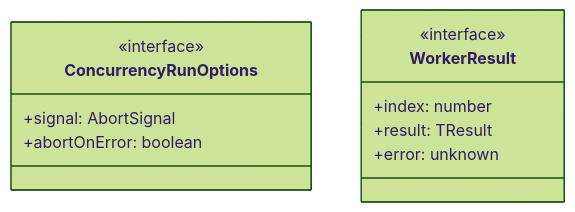
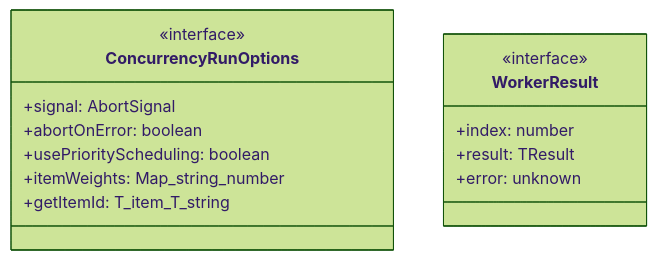
One commit to Mekann2904/mekann changed the first of 4 diagrams in ABDD/.pi/lib/concurrency.md. Above: the diagram before and after it, drawn with Mermaid (forest theme). The commit also changed other lines of this file and 257 other files, not shown here.

````diff
--- a/ABDD/.pi/lib/concurrency.md
+++ b/ABDD/.pi/lib/concurrency.md
@@ -33,14 +33,17 @@
 ```mermaid
 classDiagram
   class ConcurrencyRunOptions {
     <<interface>>
     +signal: AbortSignal
     +abortOnError: boolean
+    +usePriorityScheduling: boolean
+    +itemWeights: Map_string_number
+    +getItemId: T_item_T_string
   }
   class WorkerResult {
     <<interface>>
     +index: number
     +result: TResult
     +error: unknown
   }
 ```
````
